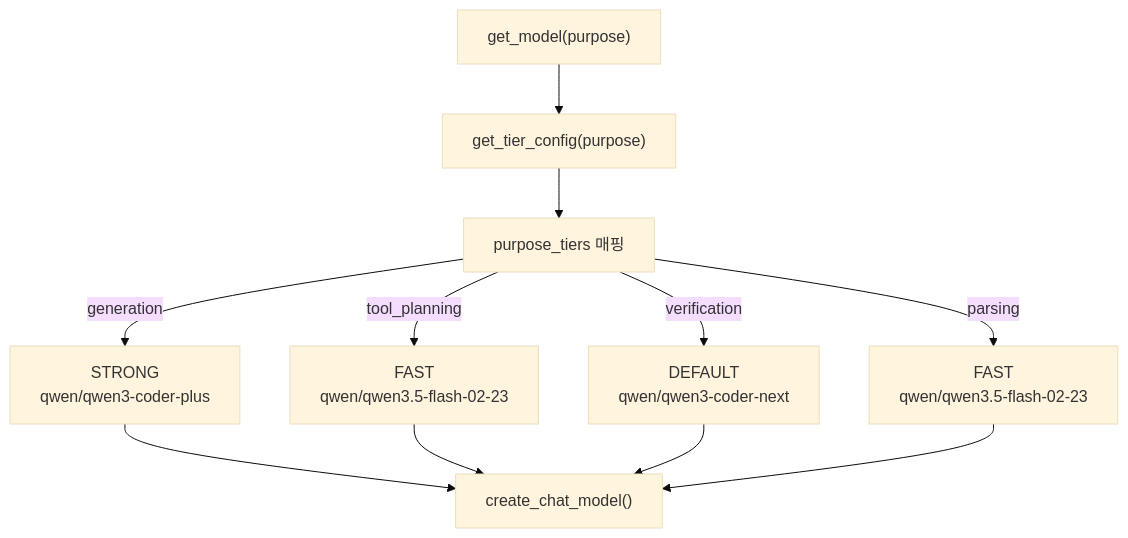
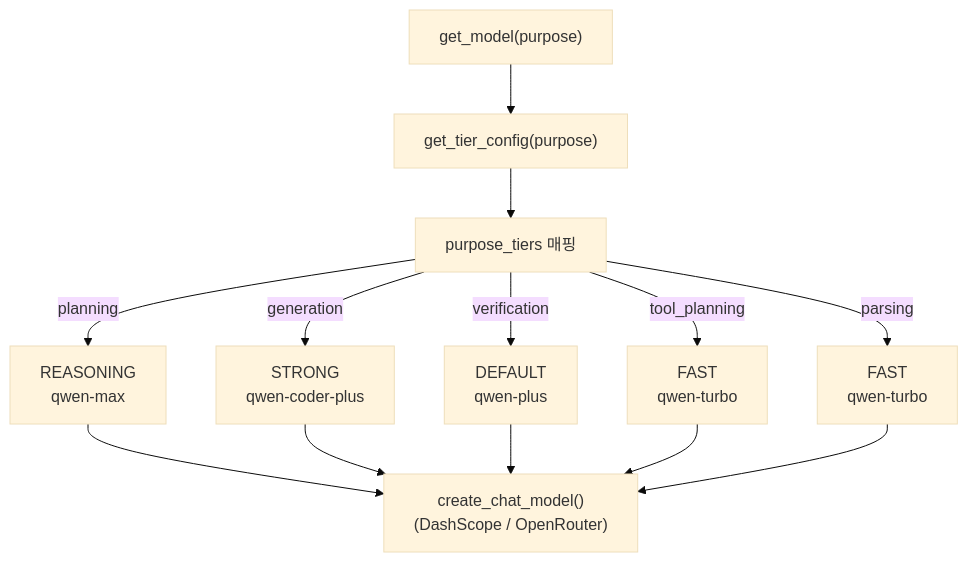
Before and after one commit to youngs75/youngs75_coding_ai_agent: the ninth of 16 diagrams in docs/ARCHITECTURE.md, drawn with Mermaid (base theme). The commit also changed other lines of this file, not shown here.

````diff
--- a/docs/ARCHITECTURE.md
+++ b/docs/ARCHITECTURE.md
@@ -343,13 +353,15 @@
 ```mermaid
 graph TD
     PURPOSE["get_model(purpose)"] --> TIER["get_tier_config(purpose)"]
     TIER --> PT["purpose_tiers 매핑"]
-    PT -->|generation| STRONG["STRONG<br/>qwen/qwen3-coder-plus"]
-    PT -->|tool_planning| FAST_TP["FAST<br/>qwen/qwen3.5-flash-02-23"]
-    PT -->|verification| DEFAULT["DEFAULT<br/>qwen/qwen3-coder-next"]
-    PT -->|parsing| FAST_P["FAST<br/>qwen/qwen3.5-flash-02-23"]
-    STRONG --> CREATE["create_chat_model()"]
+    PT -->|planning| REASONING["REASONING<br/>qwen-max"]
+    PT -->|generation| STRONG["STRONG<br/>qwen-coder-plus"]
+    PT -->|verification| DEFAULT["DEFAULT<br/>qwen-plus"]
+    PT -->|tool_planning| FAST_TP["FAST<br/>qwen-turbo"]
+    PT -->|parsing| FAST_P["FAST<br/>qwen-turbo"]
+    REASONING --> CREATE["create_chat_model()<br/>(DashScope / OpenRouter)"]
+    STRONG --> CREATE
+    DEFAULT --> CREATE
     FAST_TP --> CREATE
-    DEFAULT --> CREATE
     FAST_P --> CREATE
 ```
````
